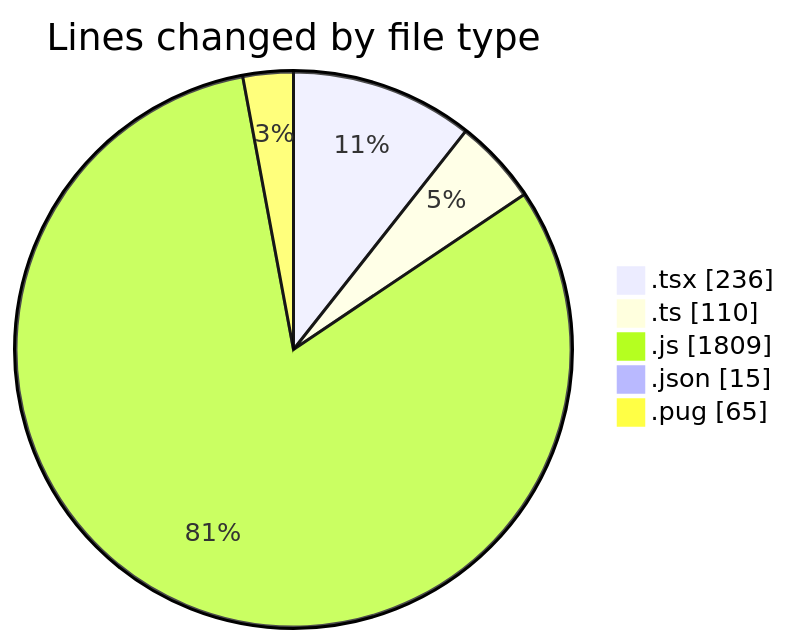
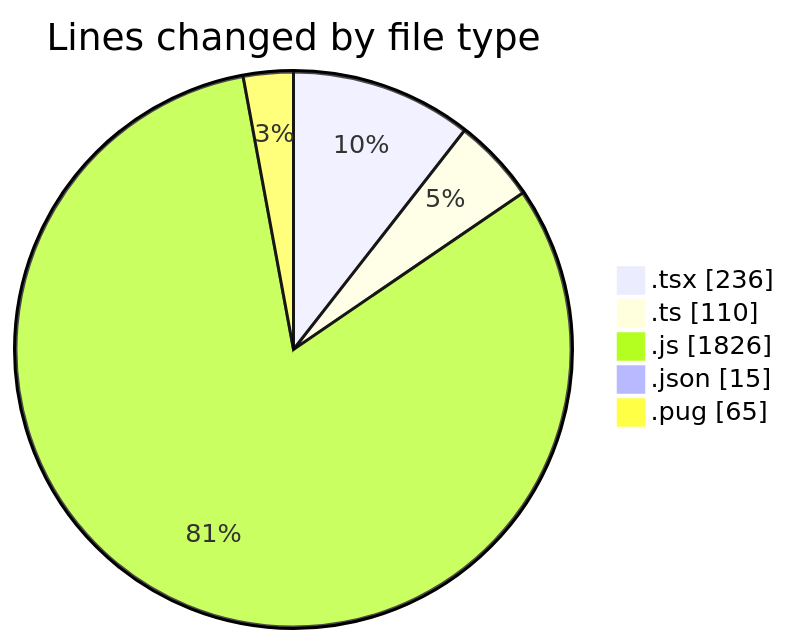
One commit to momahboobian/code-tracking changed the first of 2 diagrams in 2025-03-24/cda/README.md. Above: the diagram before and after it, drawn with Mermaid. The commit also changed other lines of this file and 1 other file, not shown here.

````diff
--- a/2025-03-24/cda/README.md
+++ b/2025-03-24/cda/README.md
@@ -30,9 +30,9 @@
 ```mermaid
 pie showData
 title Lines changed by file type
 ".tsx" : 236
 ".ts" : 110
-".js" : 1809
+".js" : 1826
 ".json" : 15
 ".pug" : 65
 ```
````
